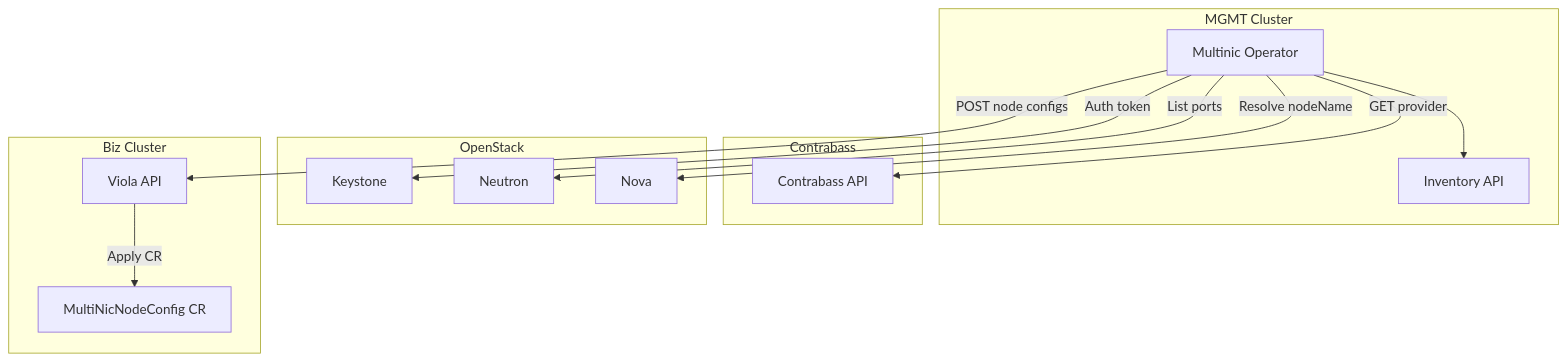
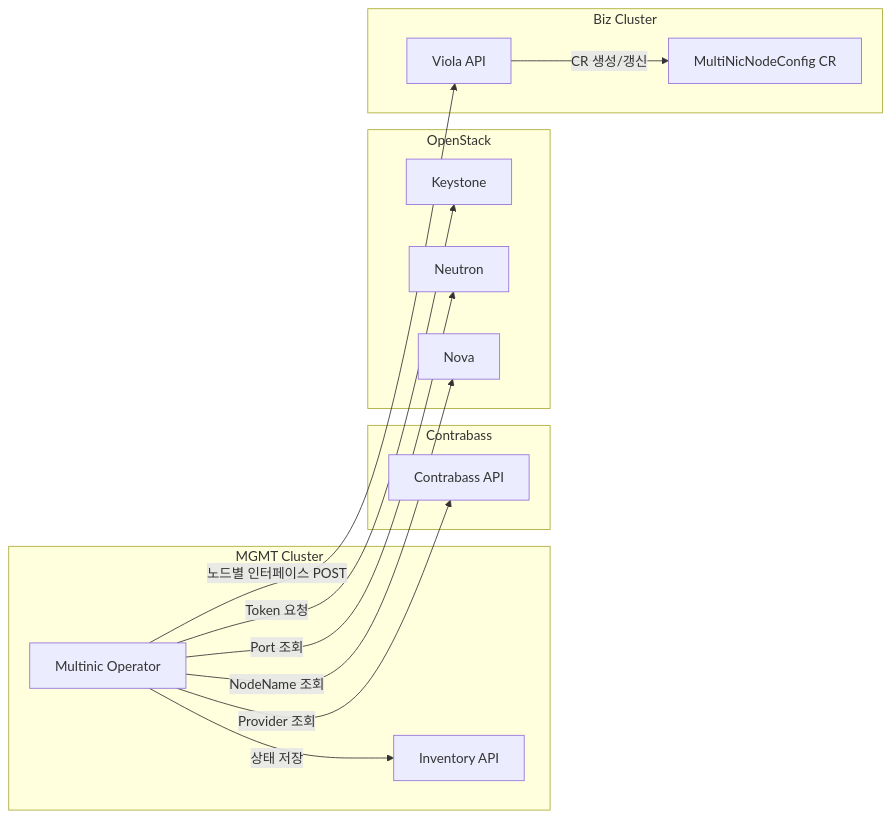
Before and after one commit to Minzino/multi-network-interface-operator: the first of 2 diagrams in README.md, drawn with Mermaid. The commit also changed other lines of this file and 13 other files, not shown here.

````diff
--- a/README.md
+++ b/README.md
@@ -99,30 +99,30 @@
 ```mermaid
-graph TB
-  subgraph "MGMT Cluster"
-    Operator[Multinic Operator]
-    Inventory[Inventory API]
+flowchart LR
+  subgraph MGMT["MGMT Cluster"]
+    OP[Multinic Operator]
+    INV[Inventory API]
   end
 
-  subgraph "Contrabass"
-    ContrabassAPI[Contrabass API]
+  subgraph CB["Contrabass"]
+    CAPI[Contrabass API]
   end
 
-  subgraph "OpenStack"
-    Keystone[Keystone]
-    Neutron[Neutron]
-    Nova[Nova]
+  subgraph OS["OpenStack"]
+    KS[Keystone]
+    NE[Neutron]
+    NO[Nova]
   end
 
-  subgraph "Biz Cluster"
-    ViolaAPI[Viola API]
-    AgentCR[MultiNicNodeConfig CR]
+  subgraph BIZ["Biz Cluster"]
+    VA[Viola API]
+    CR[MultiNicNodeConfig CR]
   end
 
-  Operator -->|GET provider| ContrabassAPI
-  Operator -->|Auth token| Keystone
-  Operator -->|List ports| Neutron
-  Operator -->|Resolve nodeName| Nova
-  Operator -->|POST node configs| ViolaAPI
-  ViolaAPI -->|Apply CR| AgentCR
-  Operator --> Inventory
+  OP -->|Provider 조회| CAPI
+  OP -->|Token 요청| KS
+  OP -->|Port 조회| NE
+  OP -->|NodeName 조회| NO
+  OP -->|노드별 인터페이스 POST| VA
+  VA -->|CR 생성/갱신| CR
+  OP -->|상태 저장| INV
 ```
````
